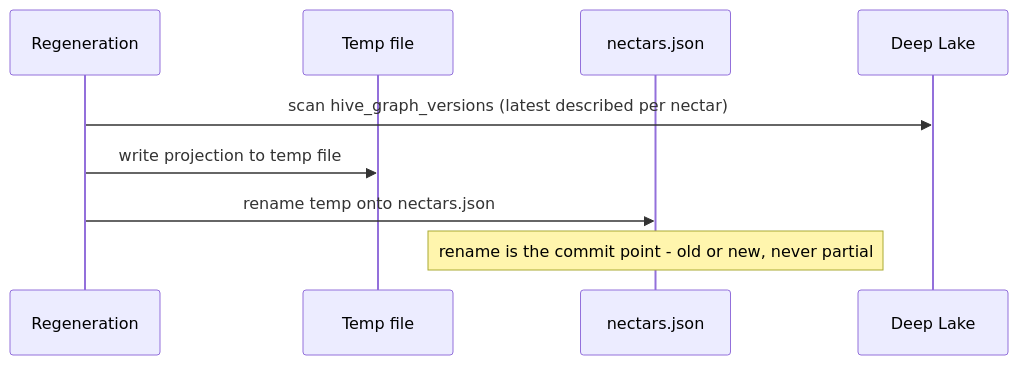
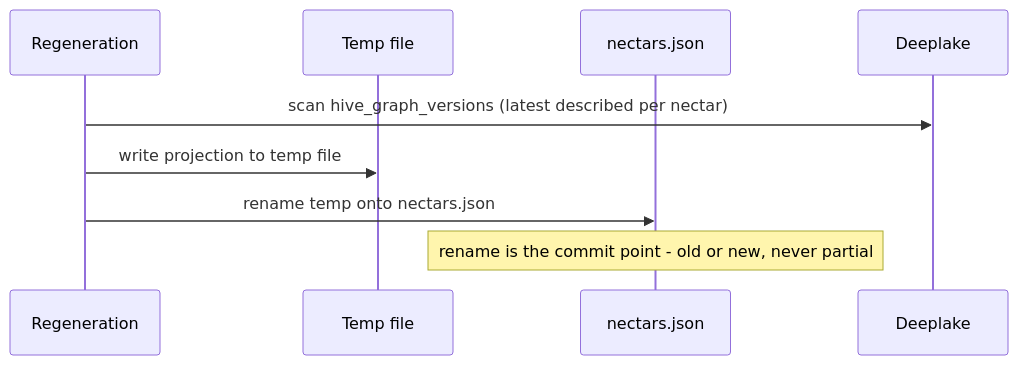
Before and after one commit to legioncodeinc/the-apiary: the eighth of 10 diagrams in product-documentation/markdown/nectar-technical-manual.md, drawn with Mermaid. The commit also changed other lines of this file and 59 other files, not shown here.

````diff
--- a/product-documentation/markdown/nectar-technical-manual.md
+++ b/product-documentation/markdown/nectar-technical-manual.md
@@ -1186,12 +1186,12 @@
 ```mermaid
 sequenceDiagram
     participant Gen as Regeneration
     participant Tmp as Temp file
     participant Disk as nectars.json
-    participant DL as Deep Lake
+    participant DL as Deeplake
 
     Gen->>DL: scan hive_graph_versions (latest described per nectar)
     Gen->>Tmp: write projection to temp file
     Gen->>Disk: rename temp onto nectars.json
     Note over Disk: rename is the commit point - old or new, never partial
 ```
````
